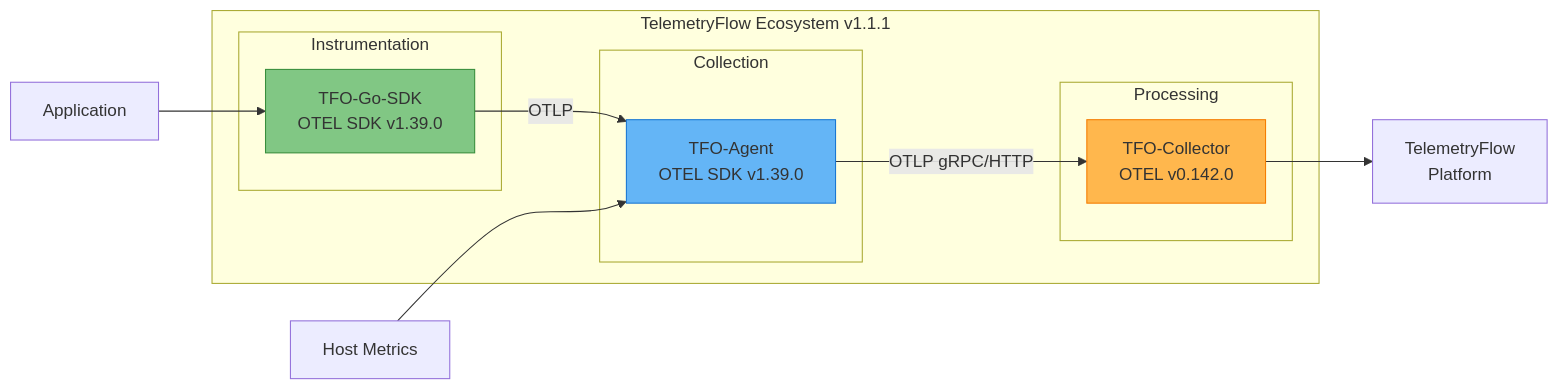
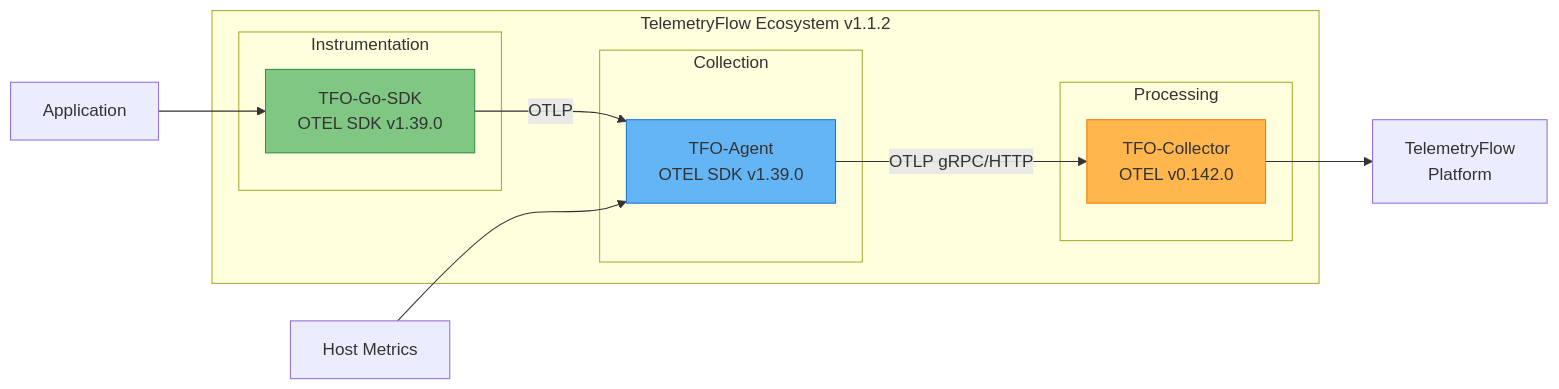
Before and after one commit to telemetryflow/telemetryflow-agent: the diagram in README.md, drawn with Mermaid. The commit also changed other lines of this file and 56 other files, not shown here.

````diff
--- a/README.md
+++ b/README.md
@@ -33,26 +33,26 @@
 ```mermaid
 graph LR
-    subgraph "TelemetryFlow Ecosystem v1.1.1"
+    subgraph "TelemetryFlow Ecosystem v1.1.2"
         subgraph "Instrumentation"
             SDK[TFO-Go-SDK<br/>OTEL SDK v1.39.0]
         end
 
         subgraph "Collection"
             AGENT[TFO-Agent<br/>OTEL SDK v1.39.0]
         end
 
         subgraph "Processing"
             COLLECTOR[TFO-Collector<br/>OTEL v0.142.0]
         end
     end
 
     APP[Application] --> SDK
     SDK -->|OTLP| AGENT
     HOST[Host Metrics] --> AGENT
     AGENT -->|OTLP gRPC/HTTP| COLLECTOR
     COLLECTOR --> BACKEND[TelemetryFlow<br/>Platform]
 
     style SDK fill:#81C784,stroke:#388E3C
     style AGENT fill:#64B5F6,stroke:#1976D2
     style COLLECTOR fill:#FFB74D,stroke:#F57C00
 ```
````
